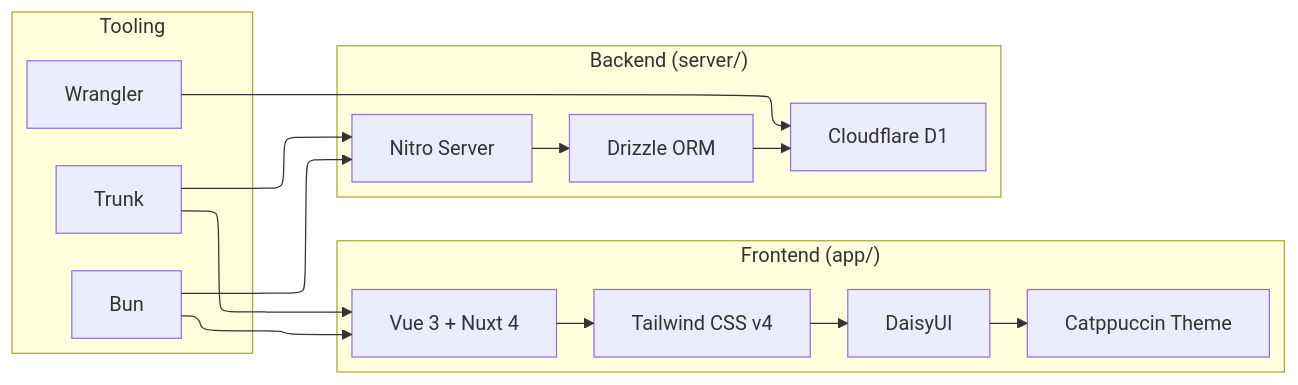
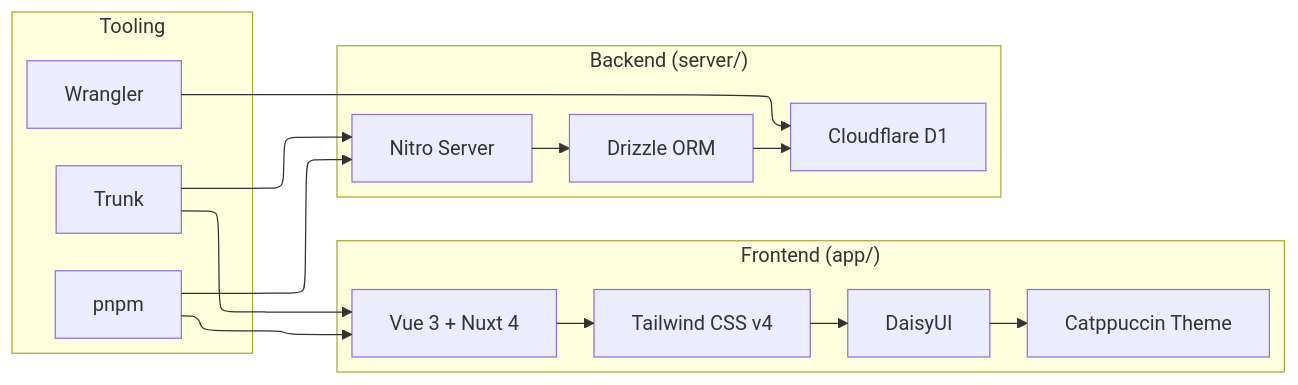
The first of 7 diagrams in GETTING-STARTED.md (tecapps/affirm), drawn with Mermaid before and after one commit. The commit also changed other lines of this file and 3 other files, not shown here.

First line of the commit message:
📝 docs: migrate package manager references from bun to pnpm

````diff
--- a/GETTING-STARTED.md
+++ b/GETTING-STARTED.md
@@ -25,33 +25,33 @@
 ```mermaid
 ---
 config:
   layout: elk
 ---
 graph LR
     subgraph "Frontend (app/)"
         A["Vue 3 + Nuxt 4"]
         B["Tailwind CSS v4"]
         C["DaisyUI"]
         D["Catppuccin Theme"]
     end
 
     subgraph "Backend (server/)"
         E["Nitro Server"]
         F["Drizzle ORM"]
         G["Cloudflare D1"]
     end
 
     subgraph "Tooling"
-        H["Bun"]
+        H["pnpm"]
         I["Trunk"]
         J["Wrangler"]
     end
 
     A --> B --> C --> D
     E --> F --> G
     H --> A
     H --> E
     I --> A
     I --> E
     J --> G
 ```
````
